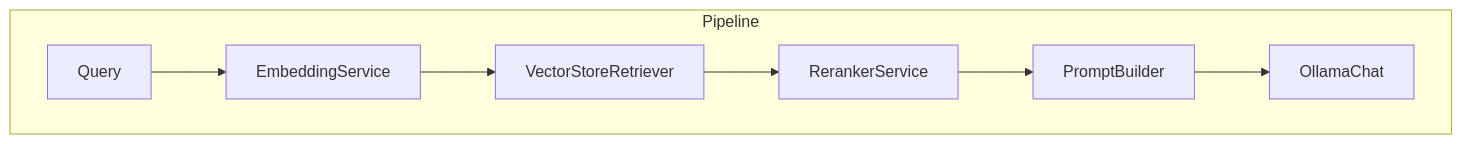
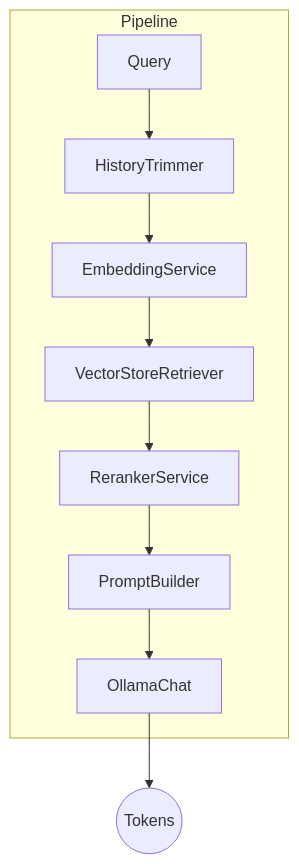
The diagram in docs/langchain/overview.md (Cstannahill/ollama-web), drawn with Mermaid before and after one commit. The commit also changed other lines of this file and 11 other files, not shown here.

````diff
--- a/docs/langchain/overview.md
+++ b/docs/langchain/overview.md
@@ -25,12 +25,13 @@
 ```mermaid
 flowchart TD
     subgraph Pipeline
         Q[Query]
+        H[HistoryTrimmer]
         E[EmbeddingService]
         R[VectorStoreRetriever]
         RR[RerankerService]
         P[PromptBuilder]
         C[OllamaChat]
     end
-    Q --> E --> R --> RR --> P --> C
+    Q --> H --> E --> R --> RR --> P --> C --> T((Tokens))
 ```
````
